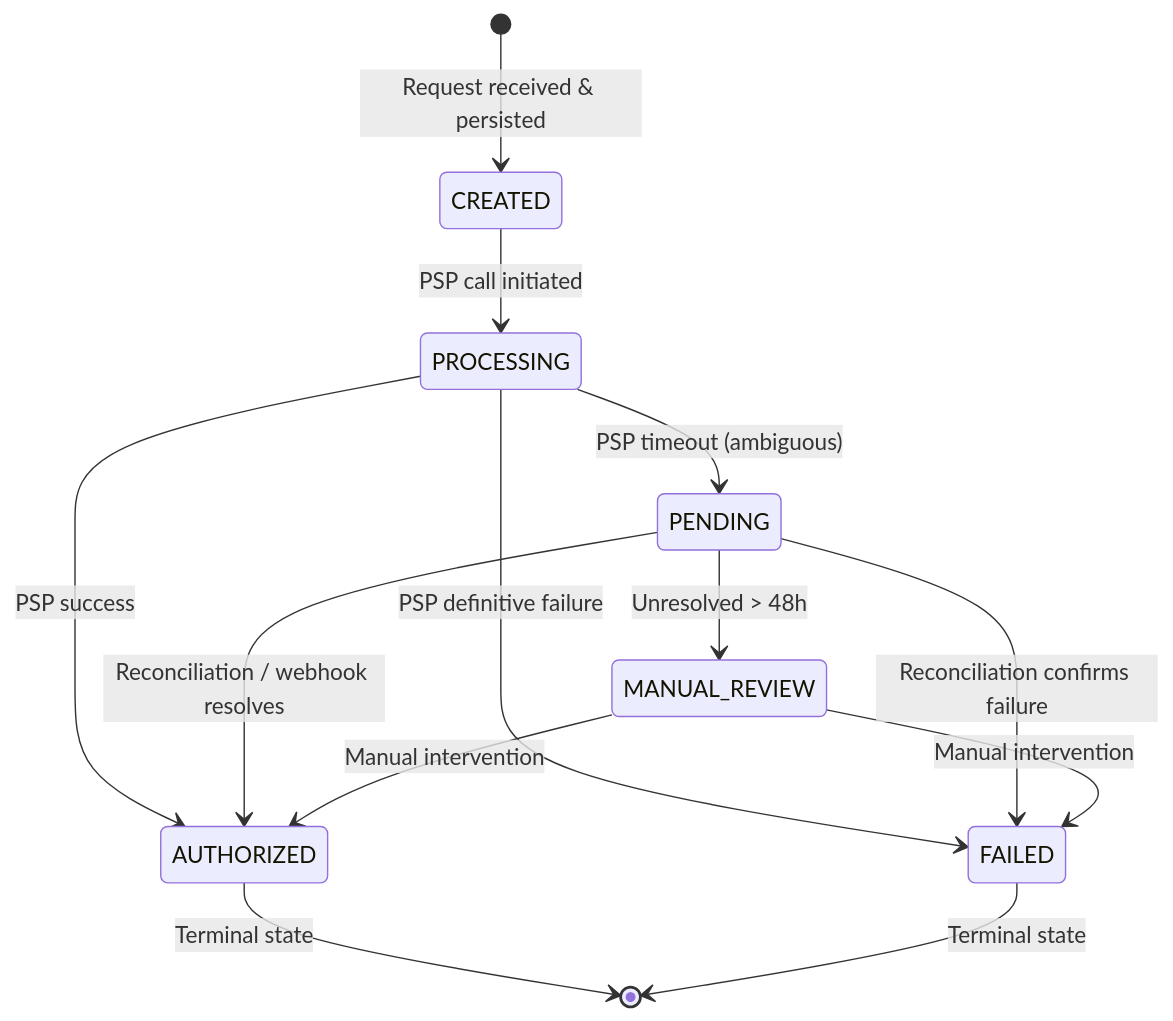
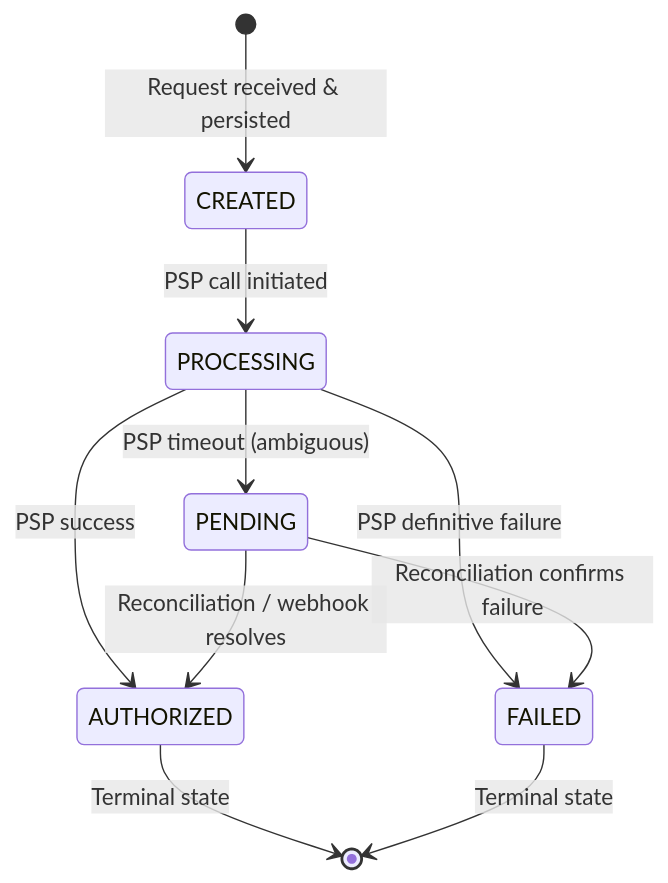
One commit to niranjan12s/payment-orchestration-service changed the first of 6 diagrams in docs/architecture.md. Above: the diagram before and after it, drawn with Mermaid. The commit also changed other lines of this file and 43 other files, not shown here.

````diff
--- a/docs/architecture.md
+++ b/docs/architecture.md
@@ -89,15 +36,12 @@
 ```mermaid
 stateDiagram-v2
     [*] --> CREATED : Request received & persisted
     CREATED --> PROCESSING : PSP call initiated
     PROCESSING --> AUTHORIZED : PSP success
     PROCESSING --> FAILED : PSP definitive failure
     PROCESSING --> PENDING : PSP timeout (ambiguous)
     PENDING --> AUTHORIZED : Reconciliation / webhook resolves
     PENDING --> FAILED : Reconciliation confirms failure
-    PENDING --> MANUAL_REVIEW : Unresolved > 48h
-    MANUAL_REVIEW --> AUTHORIZED : Manual intervention
-    MANUAL_REVIEW --> FAILED : Manual intervention
     AUTHORIZED --> [*] : Terminal state
     FAILED --> [*] : Terminal state
 ```
````
